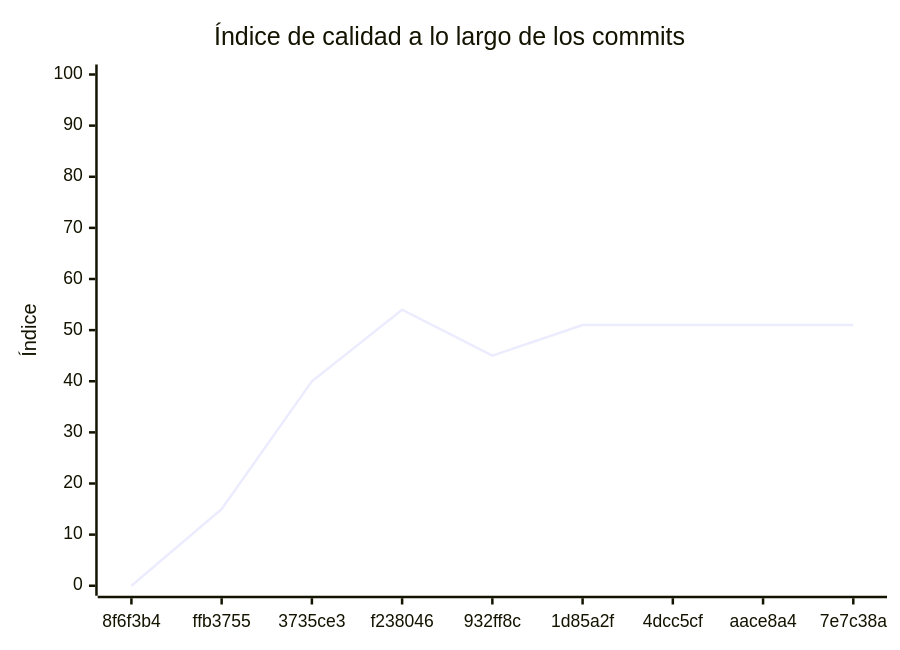
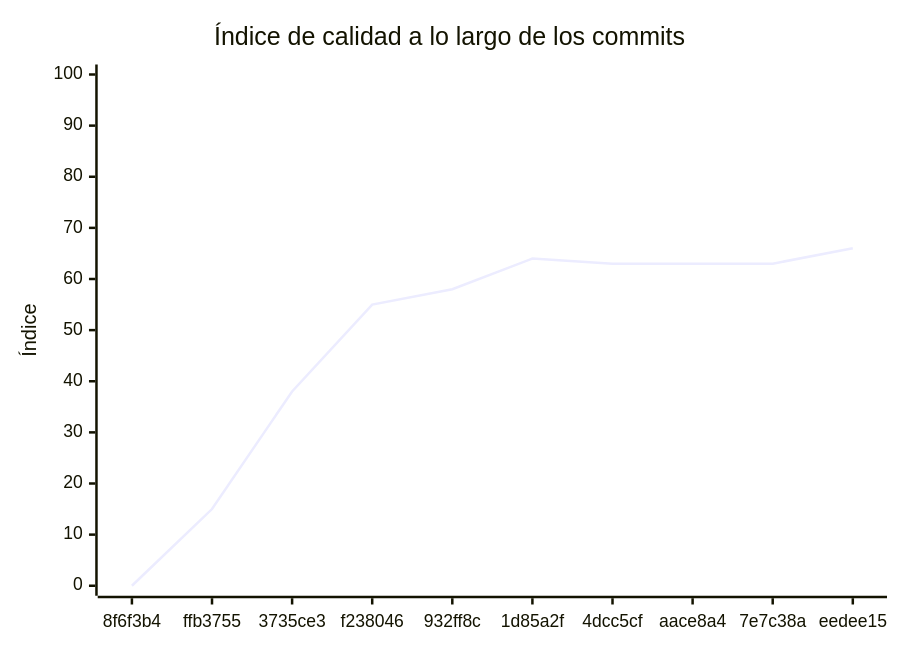
Before and after one commit to TONEATTI-PROGRAMACION-TRABAJO-FINAL/Servicio-turnos: the diagram in docs/EVALUACION.md, drawn with Mermaid. The commit also changed other lines of this file and 1 other file, not shown here.

````diff
--- a/docs/EVALUACION.md
+++ b/docs/EVALUACION.md
@@ -353,7 +207,7 @@
 ```mermaid
 xychart-beta
     title "Índice de calidad a lo largo de los commits"
-    x-axis ["8f6f3b4", "ffb3755", "3735ce3", "f238046", "932ff8c", "1d85a2f", "4dcc5cf", "aace8a4", "7e7c38a"]
+    x-axis ["8f6f3b4", "ffb3755", "3735ce3", "f238046", "932ff8c", "1d85a2f", "4dcc5cf", "aace8a4", "7e7c38a", "eedee15"]
     y-axis "Índice" 0 --> 100
-    line [0, 15, 40, 54, 45, 51, 51, 51, 51]
+    line [0, 15, 38, 55, 58, 64, 63, 63, 63, 66]
 ```
````
